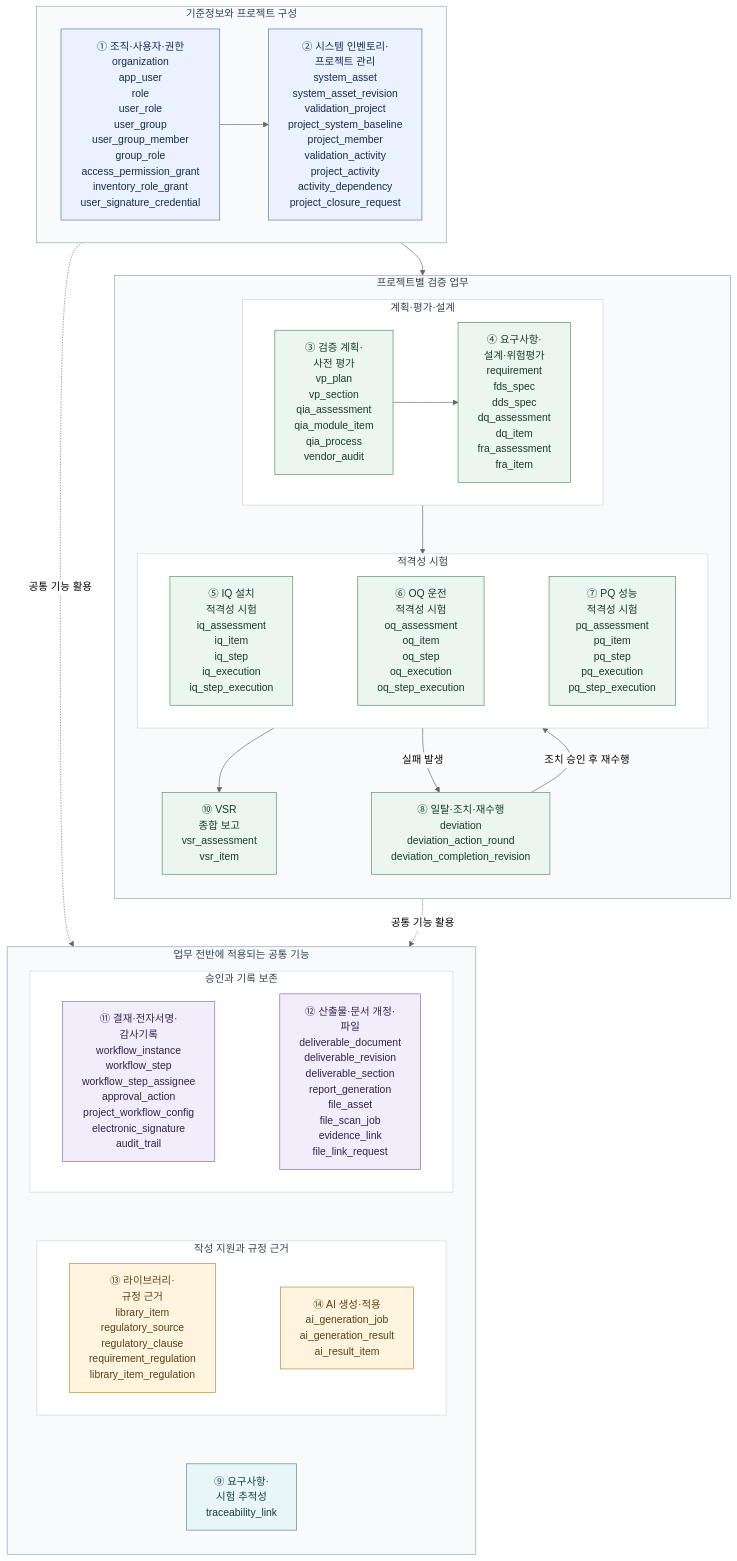
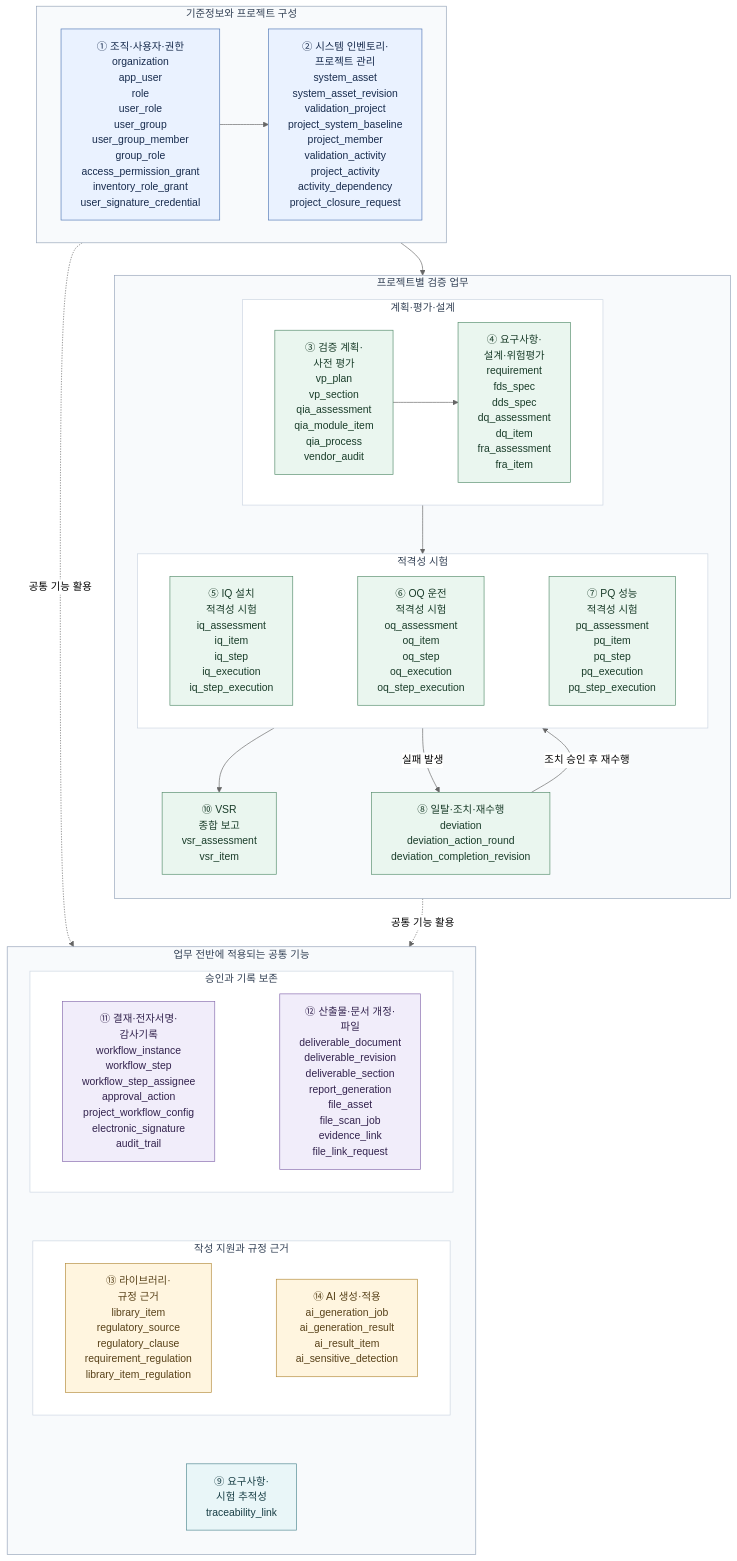
The diagram in docs/erd-overview.md (kmh52826-collab/Korean-Enterprise-Knowledge-Base-Design), drawn with Mermaid (neutral theme) before and after one commit. The commit also changed other lines of this file, not shown here.

```diff
--- a/docs/erd-overview.md
+++ b/docs/erd-overview.md
@@ -130,7 +130,8 @@
             AI["⑭ AI 생성·적용
 ai_generation_job
 ai_generation_result
-ai_result_item"]
+ai_result_item
+ai_sensitive_detection"]
             LIBRARY ~~~ AI
         end
 
```
